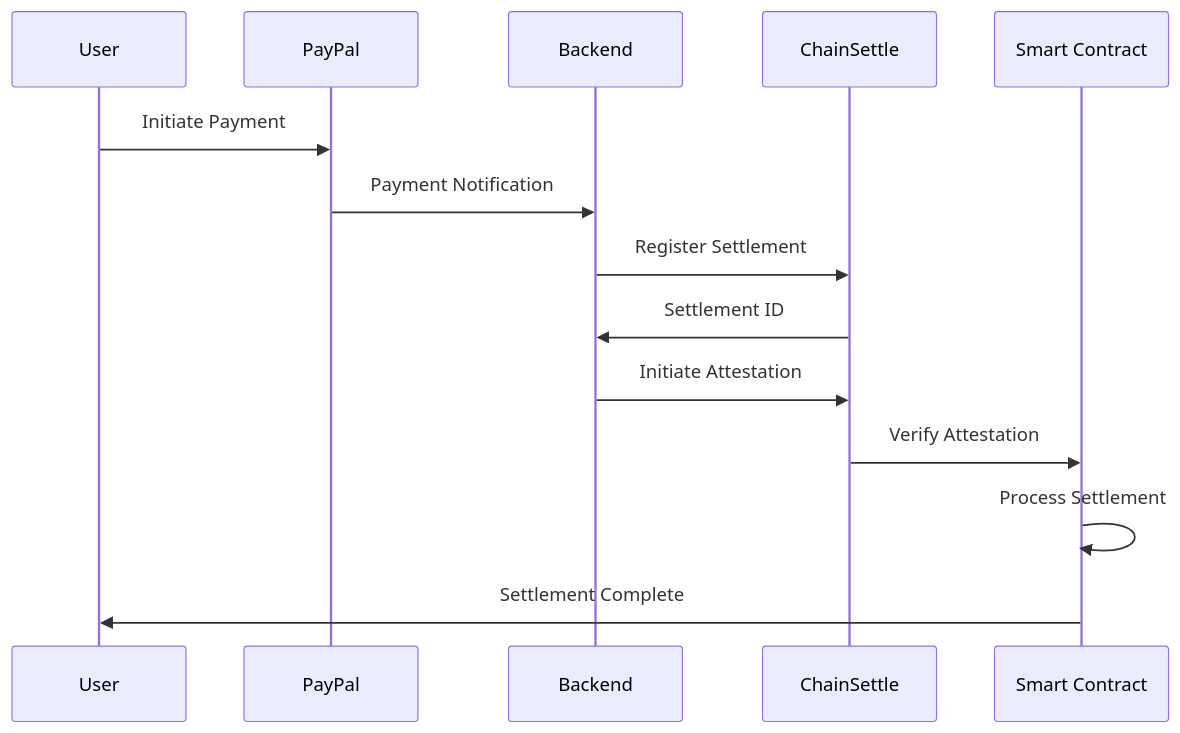
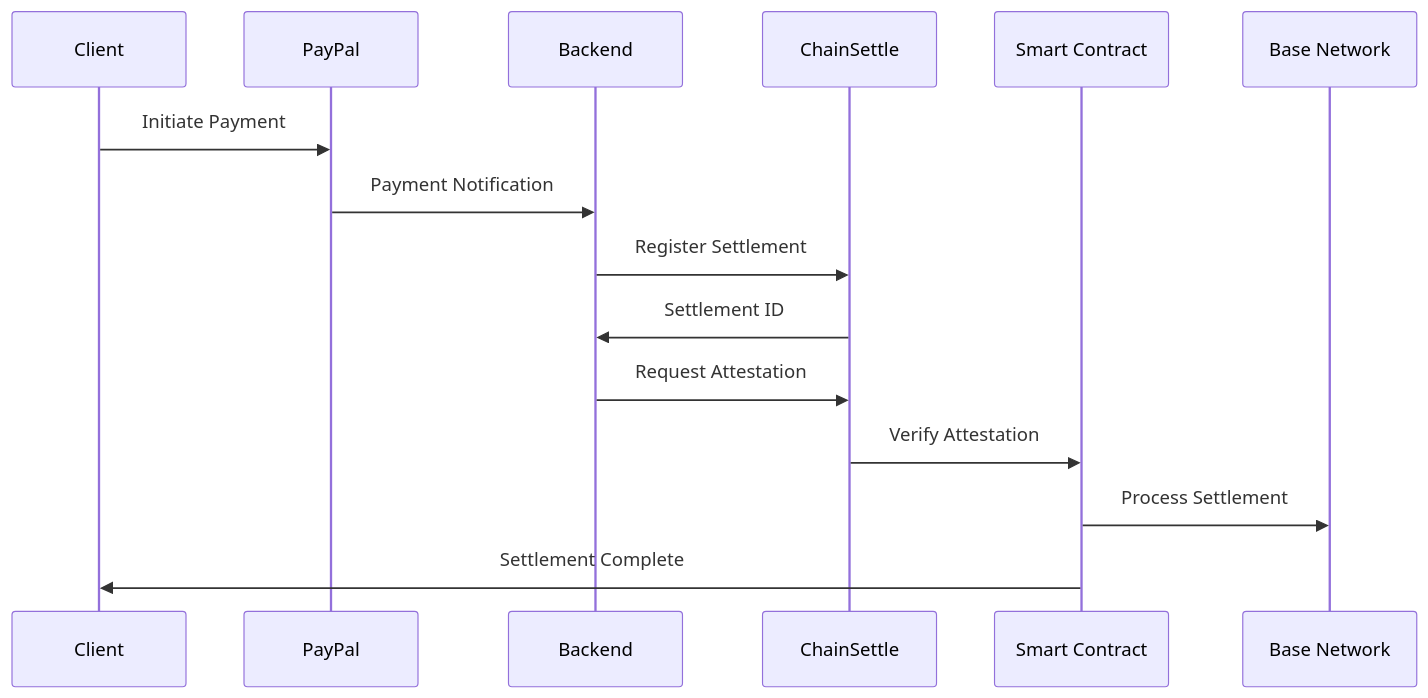
One commit to tapilew/settlement-ramp changed the second of 2 diagrams in TODO.md. Above: the diagram before and after it, drawn with Mermaid. The commit also changed other lines of this file, not shown here.

````diff
--- a/TODO.md
+++ b/TODO.md
@@ -139,17 +30,18 @@
 ```mermaid
 sequenceDiagram
-    participant U as User
+    participant C as Client
     participant P as PayPal
     participant B as Backend
-    participant C as ChainSettle
+    participant O as ChainSettle
     participant S as Smart Contract
+    participant N as Base Network
     
-    U->>P: Initiate Payment
+    C->>P: Initiate Payment
     P->>B: Payment Notification
-    B->>C: Register Settlement
-    C->>B: Settlement ID
-    B->>C: Initiate Attestation
-    C->>S: Verify Attestation
-    S->>S: Process Settlement
-    S->>U: Settlement Complete
+    B->>O: Register Settlement
+    O->>B: Settlement ID
+    B->>O: Request Attestation
+    O->>S: Verify Attestation
+    S->>N: Process Settlement
+    S->>C: Settlement Complete
 ```
````
